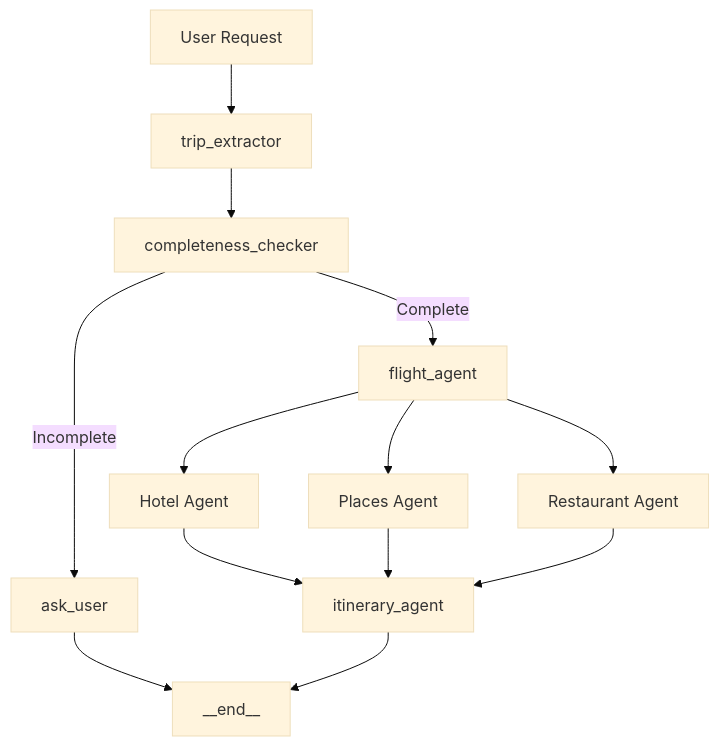
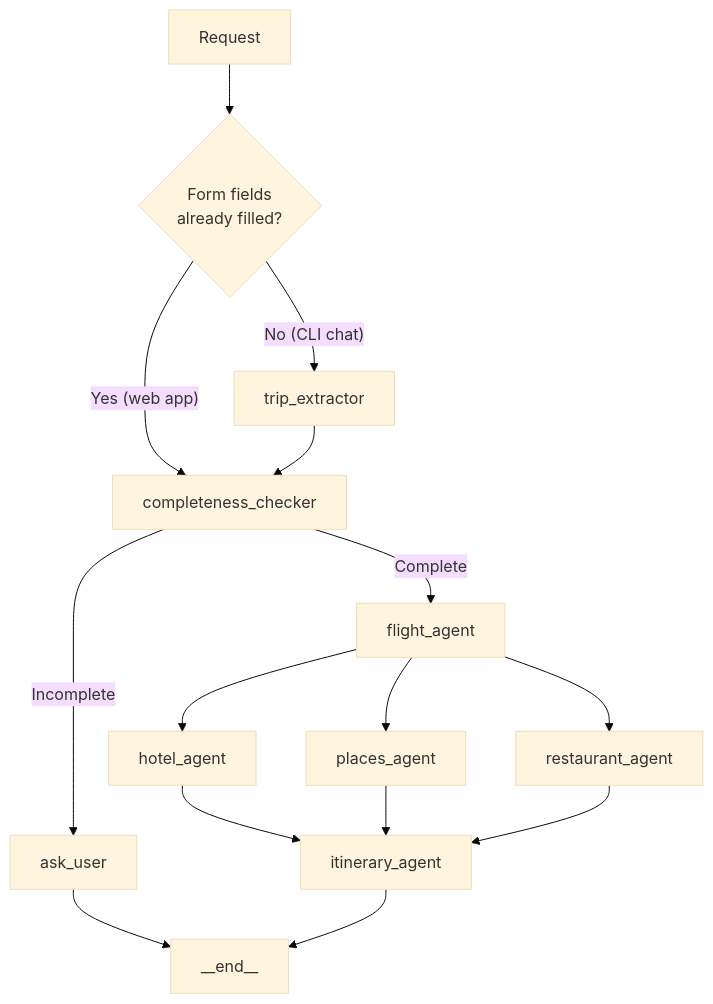
The diagram in Readme.md (ArmanKhan-git/AI-Trip-Planner), drawn with Mermaid (base theme) before and after one commit. The commit also changed other lines of this file and 32 other files, not shown here.

````diff
--- a/Readme.md
+++ b/Readme.md
@@ -158,20 +151,22 @@
 ```mermaid
 flowchart TD
-    START["User Request"] --> EXTRACT["trip_extractor"]
-    EXTRACT --> CHECK["completeness_checker"]
+    START["Request"] --> ROUTE{"Form fields<br/>already filled?"}
+    ROUTE -->|"Yes (web app)"| CHECK["completeness_checker"]
+    ROUTE -->|"No (CLI chat)"| EXTRACT["trip_extractor"]
+    EXTRACT --> CHECK
 
     CHECK -->|Incomplete| ASK["ask_user"]
     CHECK -->|Complete| FLIGHT["flight_agent"]
 
     ASK --> END["__end__"]
 
-    FLIGHT --> HOTEL["Hotel Agent"]
-    FLIGHT --> PLACES["Places Agent"]
-    FLIGHT --> RESTAURANT["Restaurant Agent"]
+    FLIGHT --> HOTEL["hotel_agent"]
+    FLIGHT --> PLACES["places_agent"]
+    FLIGHT --> RESTAURANT["restaurant_agent"]
 
     HOTEL --> ITINERARY["itinerary_agent"]
     PLACES --> ITINERARY
     RESTAURANT --> ITINERARY
 
     ITINERARY --> END
 ```
````
